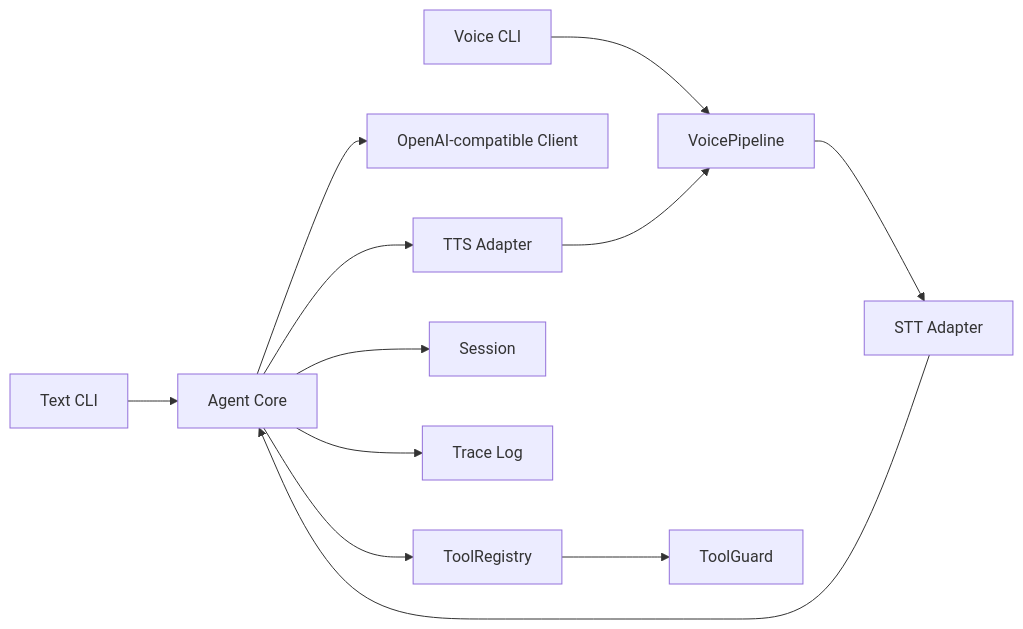
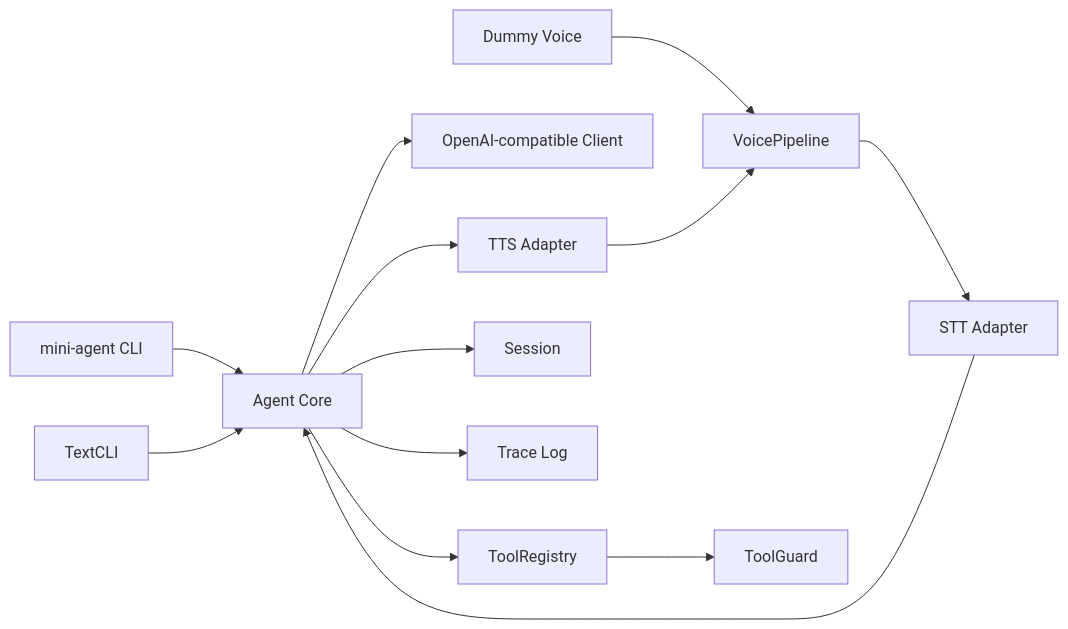
The diagram in README.md (liaojingwu20041031/mini-agent-core), drawn with Mermaid before and after one commit. The commit also changed other lines of this file and 27 other files, not shown here.

````diff
--- a/README.md
+++ b/README.md
@@ -31,14 +99,15 @@
 ```mermaid
 flowchart LR
-    TextCLI[Text CLI] --> Agent[Agent Core]
-    VoiceCLI[Voice CLI] --> VoicePipeline[VoicePipeline]
+    CLI[mini-agent CLI] --> Agent[Agent Core]
+    TextCLI[TextCLI] --> Agent
+    VoiceCLI[Dummy Voice] --> VoicePipeline[VoicePipeline]
     VoicePipeline --> STT[STT Adapter]
     STT --> Agent
     Agent --> LLM[OpenAI-compatible Client]
     Agent --> Tools[ToolRegistry]
     Tools --> Guard[ToolGuard]
     Agent --> Session[Session]
     Agent --> Trace[Trace Log]
     Agent --> TTS[TTS Adapter]
     TTS --> VoicePipeline
 ```
````
